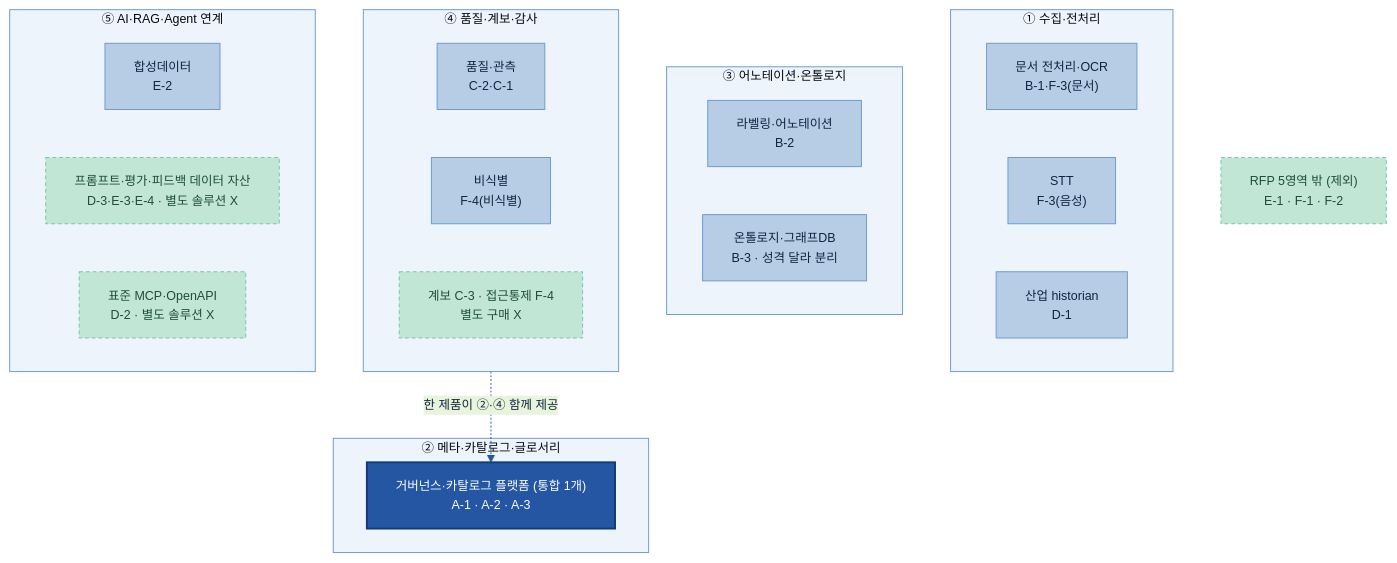
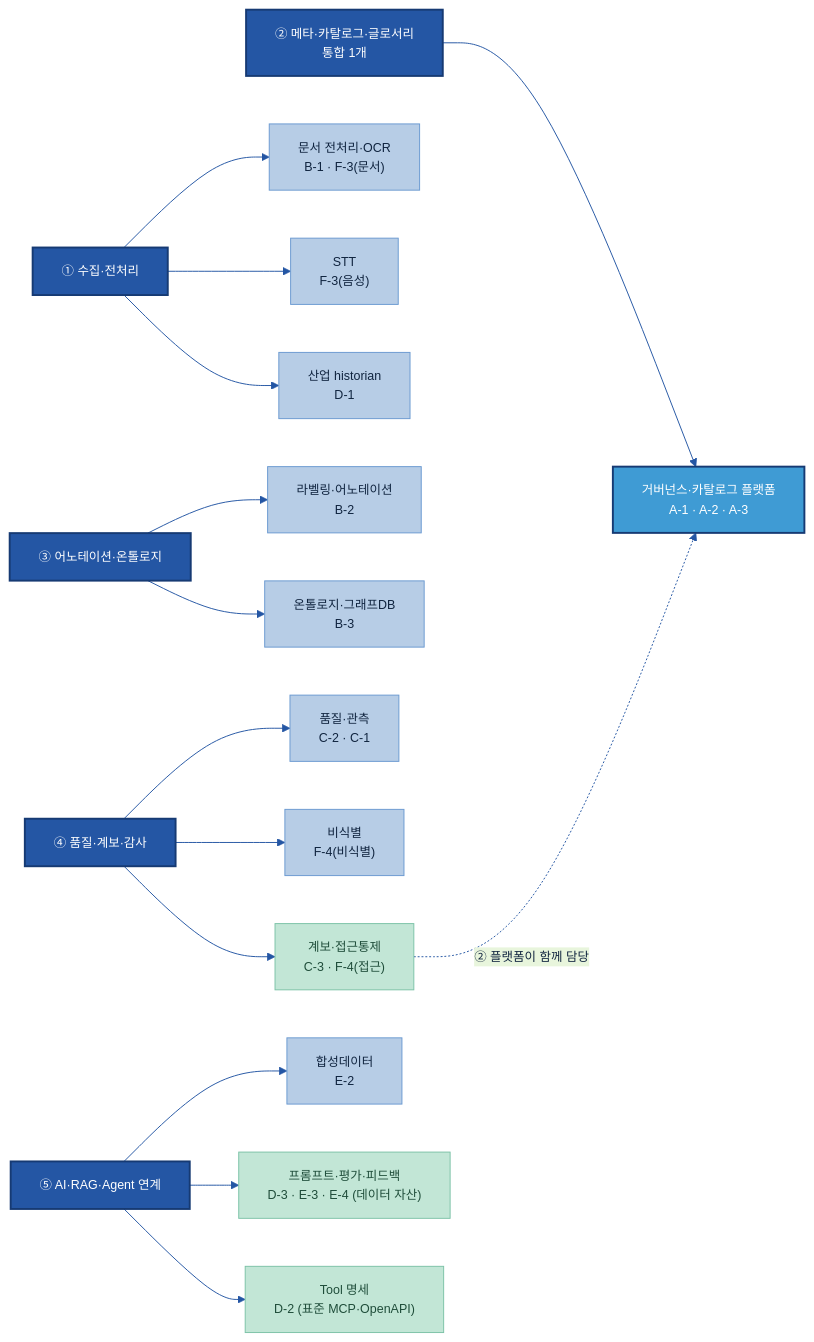
The diagram in Tech Player/03 제안 솔루션 구성 (영역별 솔루션 단위).md (jin-kearney/ai-ready-data-manual), drawn with Mermaid before and after one commit. The commit also changed other lines of this file, not shown here.

Commit message:
docs(techstack): 03 한 장 구조도를 트리(영역→솔루션→주제)로 재작성·워딩 통일
"흡수/분리/별도 구매 X" 표현 제거 → "나뉨/통합/② 플랫폼이 담당"으로.
다이어그램은 왼쪽 RFP 영역 → 오른쪽 솔루션(박스 안에 묶이는 데이터 주제),
영역당 솔루션 1개=통합·여러 개=나뉨이 구조로 바로 보이게 LR 트리로 변경.
§1 매핑표·§2 영역 헤딩도 동일 워딩으로 정합.

````diff
--- a/Tech Player/03 제안 솔루션 구성 (영역별 솔루션 단위).md
+++ b/Tech Player/03 제안 솔루션 구성 (영역별 솔루션 단위).md
@@ -52,35 +54,32 @@
 ```mermaid
-%%{init: {'theme':'base','themeVariables':{'primaryColor':'#DCE8F5','primaryBorderColor':'#2456A4','primaryTextColor':'#10243f','lineColor':'#2456A4','clusterBkg':'#EEF4FB','clusterBorder':'#6B9AD1','fontSize':'13px'}}}%%
-flowchart TB
-    subgraph A1["① 수집·전처리"]
-        direction LR
-        S1["문서 전처리·OCR<br/>B-1·F-3(문서)"]:::n
-        S2["STT<br/>F-3(음성)"]:::n
-        S3["산업 historian<br/>D-1"]:::n
-    end
-    subgraph A2["② 메타·카탈로그·글로서리"]
-        GOV["거버넌스·카탈로그 플랫폼 (통합 1개)<br/>A-1 · A-2 · A-3"]:::cat
-    end
-    subgraph A3["③ 어노테이션·온톨로지"]
-        direction LR
-        S4["라벨링·어노테이션<br/>B-2"]:::n
-        S5["온톨로지·그래프DB<br/>B-3 · 성격 달라 분리"]:::n
-    end
-    subgraph A4["④ 품질·계보·감사"]
-        direction LR
-        S6["품질·관측<br/>C-2·C-1"]:::n
-        S7["비식별<br/>F-4(비식별)"]:::n
-        ABS["계보 C-3 · 접근통제 F-4<br/>별도 구매 X"]:::cross
-    end
-    subgraph A5["⑤ AI·RAG·Agent 연계"]
-        direction LR
-        S9["합성데이터<br/>E-2"]:::n
-        DAT["프롬프트·평가·피드백 데이터 자산<br/>D-3·E-3·E-4 · 별도 솔루션 X"]:::cross
-        STD["표준 MCP·OpenAPI<br/>D-2 · 별도 솔루션 X"]:::cross
-    end
-    ABS -.->|한 제품이 ②·④ 함께 제공| GOV
-    EXC["RFP 5영역 밖 (제외)<br/>E-1 · F-1 · F-2"]:::cross
-    classDef n fill:#B7CDE6,stroke:#6B9AD1,color:#10243f;
-    classDef cat fill:#2456A4,color:#fff,stroke:#163a73,stroke-width:2px;
-    classDef cross fill:#C2E6D6,stroke:#7CC2A7,color:#1f4d3a,stroke-dasharray:4 3;
+%%{init: {'theme':'base','themeVariables':{'primaryColor':'#DCE8F5','primaryBorderColor':'#2456A4','primaryTextColor':'#10243f','lineColor':'#2456A4','fontSize':'13px'}}}%%
+flowchart LR
+    AR1["① 수집·전처리"]:::area
+    AR2["② 메타·카탈로그·글로서리<br/>통합 1개"]:::area
+    AR3["③ 어노테이션·온톨로지"]:::area
+    AR4["④ 품질·계보·감사"]:::area
+    AR5["⑤ AI·RAG·Agent 연계"]:::area
+
+    AR1 --> S1["문서 전처리·OCR<br/>B-1 · F-3(문서)"]:::sol
+    AR1 --> S2["STT<br/>F-3(음성)"]:::sol
+    AR1 --> S3["산업 historian<br/>D-1"]:::sol
+
+    AR2 --> GOV["거버넌스·카탈로그 플랫폼<br/>A-1 · A-2 · A-3"]:::plat
+
+    AR3 --> S4["라벨링·어노테이션<br/>B-2"]:::sol
+    AR3 --> S5["온톨로지·그래프DB<br/>B-3"]:::sol
+
+    AR4 --> S6["품질·관측<br/>C-2 · C-1"]:::sol
+    AR4 --> S7["비식별<br/>F-4(비식별)"]:::sol
+    AR4 --> S8["계보·접근통제<br/>C-3 · F-4(접근)"]:::asset
+    S8 -.->|② 플랫폼이 함께 담당| GOV
+
+    AR5 --> S9["합성데이터<br/>E-2"]:::sol
+    AR5 --> S10["프롬프트·평가·피드백<br/>D-3 · E-3 · E-4 (데이터 자산)"]:::asset
+    AR5 --> S11["Tool 명세<br/>D-2 (표준 MCP·OpenAPI)"]:::asset
+
+    classDef area fill:#2456A4,color:#fff,stroke:#163a73,stroke-width:2px;
+    classDef sol fill:#B7CDE6,stroke:#6B9AD1,color:#10243f;
+    classDef plat fill:#3F9BD4,stroke:#163a73,color:#fff,stroke-width:2px;
+    classDef asset fill:#C2E6D6,stroke:#7CC2A7,color:#1f4d3a;
 ```
````
